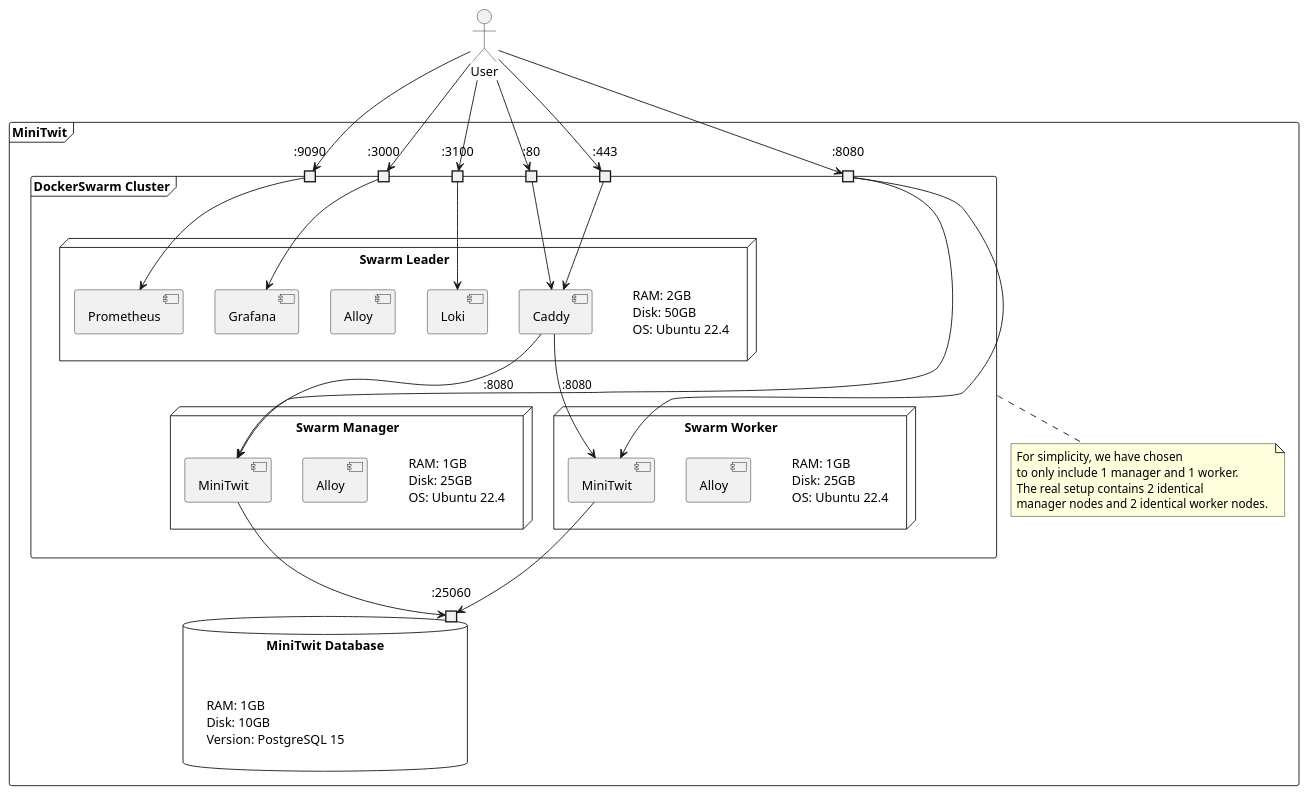
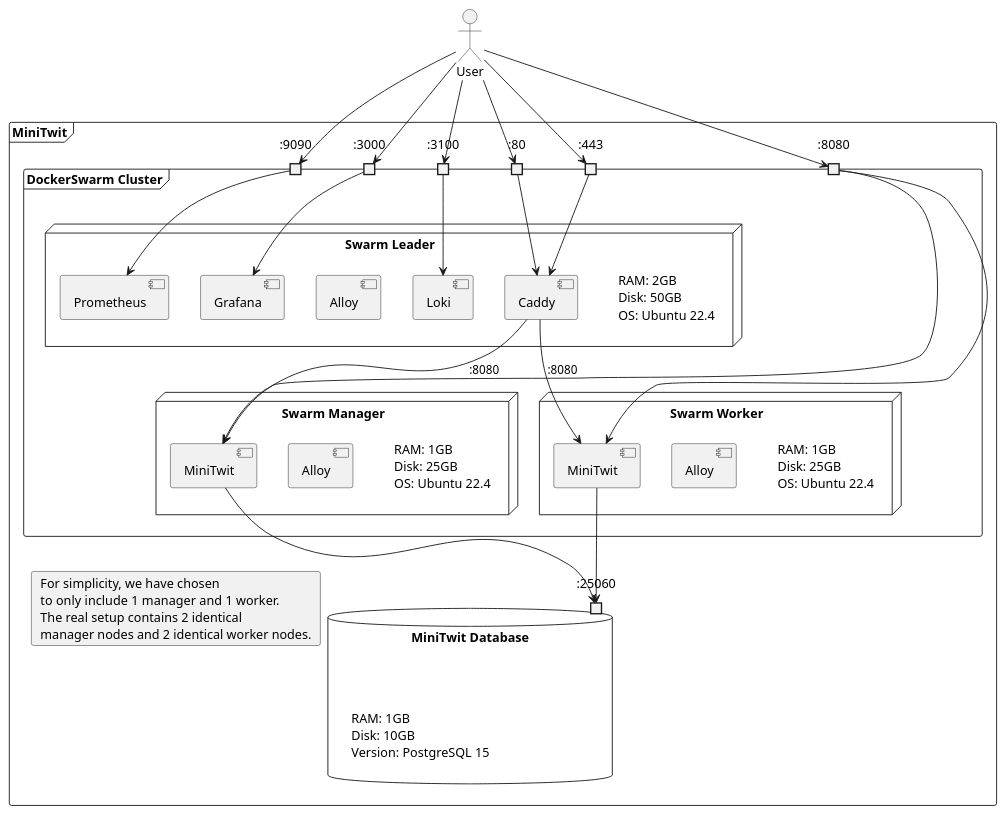
The diagram in report/src/diagrams/deployment.puml (DevBobs-devops/Devbobs_MiniTwit), drawn with PlantUML before and after one commit.

Commit message:
report: move note in diagram

```diff
--- a/report/src/diagrams/deployment.puml
+++ b/report/src/diagrams/deployment.puml
@@ -1,80 +1,83 @@
 @startuml 
 
 actor User
 
 frame "MiniTwit" as MiniTwit {
 
     frame "DockerSwarm Cluster" as DockerSwarm{
          
          
         port ":9090" as 9090
         port ":3000" as 3000
         port ":3100" as 3100
         port ":80"   as 80
         port ":443"  as 443
         port ":8080" as 8080
 
         node "Swarm Leader" as leader {
             label "RAM: 2GB\nDisk: 50GB \nOS: Ubuntu 22.4 " as label_0
 
             component Grafana
             component Loki
             component Alloy as alloy_0
             component Prometheus                 
             component Caddy
         }
 
     
             node "Swarm Manager" as manager_1 {
                 label "RAM: 1GB\nDisk: 25GB \nOS: Ubuntu 22.4 " as label_1
                 component Alloy as alloy_1
                 component MiniTwit as minitwit_0
             
             }
 
             node "Swarm Worker" as worker {
                 label "RAM: 1GB\nDisk: 25GB \nOS: Ubuntu 22.4 " as label_2
                 component Alloy as alloy_2
                 component MiniTwit as minitwit_1
             
             }
     
     
 }   
 
-    database "MiniTwit Database" as db{
-        label "RAM: 1GB \nDisk: 10GB \nVersion: PostgreSQL 15"
-        port ":25060" as 25060        
+    together{
+
+        card card [
+            For simplicity, we have chosen
+            to only include 1 manager and 1 worker.     
+            The real setup contains 2 identical 
+            manager nodes and 2 identical worker nodes.
+        ]
+
+        database "MiniTwit Database" as db {
+            label "RAM: 1GB \nDisk: 10GB \nVersion: PostgreSQL 15"
+            port ":25060" as 25060        
+        }
     }
-
-    note bottom of DockerSwarm
-        For simplicity, we have chosen
-        to only include 1 manager and 1 worker. 
-        The real setup contains 2 identical 
-        manager nodes and 2 identical worker nodes. 
-    end note
 }
 
 
 User --> 80 
 User --> 443 
 User --> 9090
 User --> 3000
 User --> 3100 
 User --> 8080
 3000 --> Grafana 
 3100 --> Loki
 9090 --> Prometheus
 80 --> Caddy
 443 --> Caddy 
 
 8080 --> minitwit_0
 8080 --> minitwit_1
 Caddy --> minitwit_0 : :8080 
 Caddy --> minitwit_1 : :8080 
 minitwit_0 --> 25060 
 minitwit_1 --> 25060 
 
 
 
 @enduml
```
